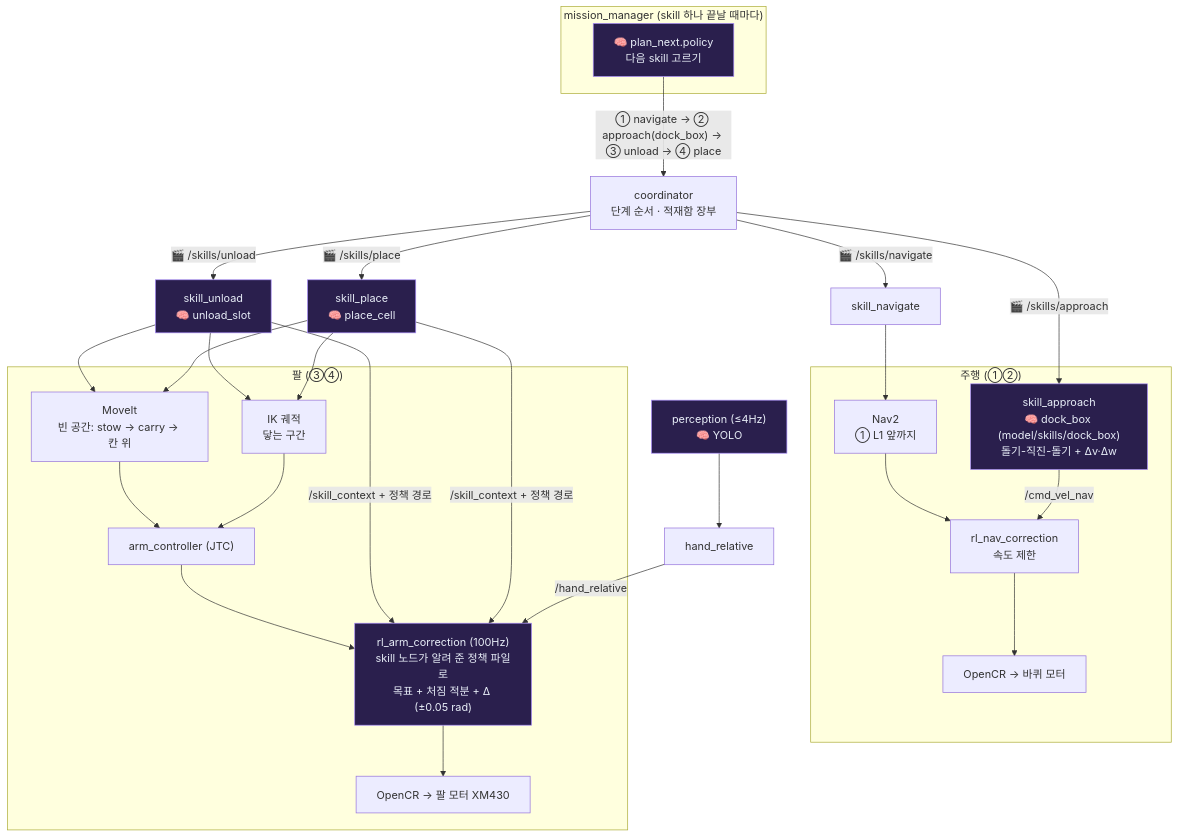
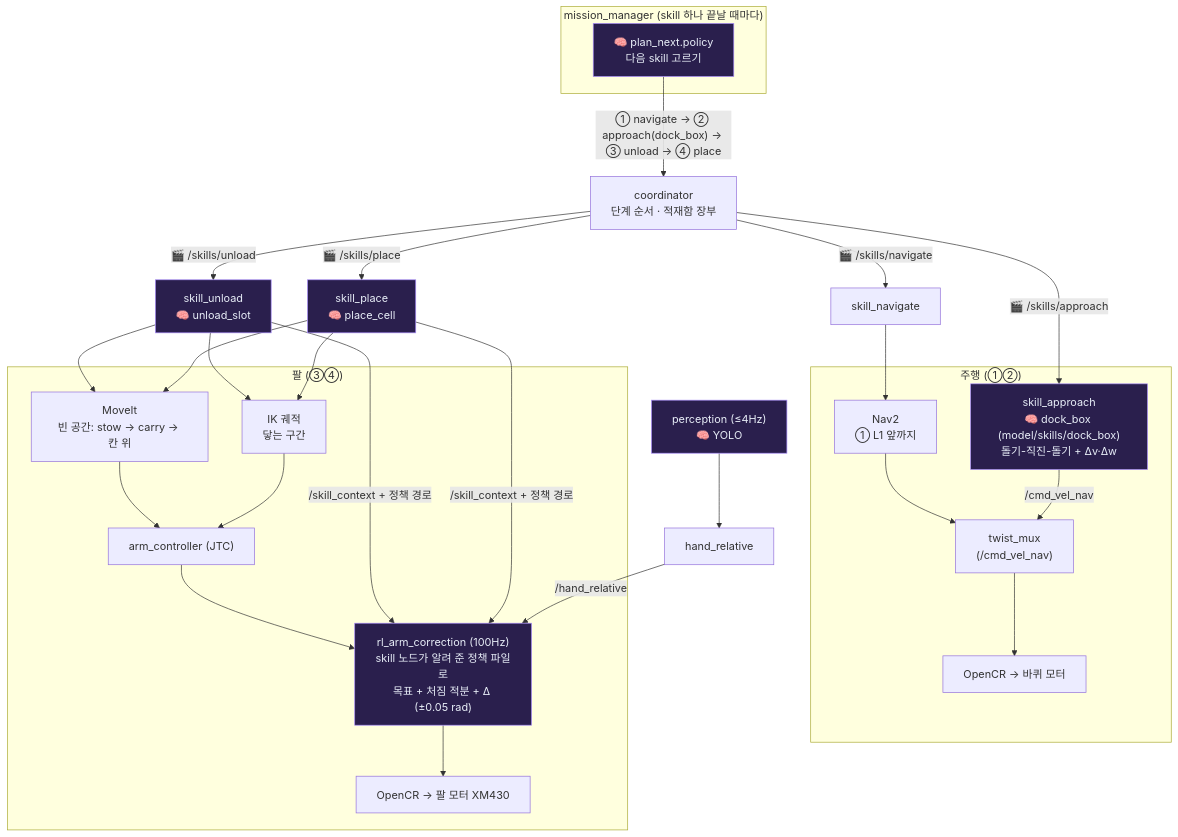
The fourth of 9 diagrams in bee/system-map.md (JuneKunst/JuneKunst.github.io), drawn with Mermaid before and after one commit. The commit also changed other lines of this file and 6 other files, not shown here.

Commit message:
bee: 11-06 진행 — 새 stow 재평가 · 위치 추정 측정 · PR #73 · 주행 경로를 지금 구조로 (rl_nav_correction 삭제 반영)

````diff
--- a/bee/system-map.md
+++ b/bee/system-map.md
@@ -117,30 +117,30 @@
 ```mermaid
 flowchart TB
   subgraph gx_MM["mission_manager (skill 하나 끝날 때마다)"]
     gx_PN["🧠 plan_next.policy<br/>다음 skill 고르기"]:::model
   end
   gx_PN -->|"① navigate → ② approach(dock_box) → ③ unload → ④ place"| gx_CO["coordinator<br/>단계 순서 · 적재함 장부"]
   gx_CO -->|"🎬 /skills/navigate"| gx_SN["skill_navigate"] --> gx_NAV["Nav2<br/>① L1 앞까지"]
   gx_CO -->|"🎬 /skills/approach"| gx_SA["skill_approach<br/>🧠 dock_box (model/skills/dock_box)<br/>돌기-직진-돌기 + Δv·Δw"]:::model
   gx_CO -->|"🎬 /skills/unload"| gx_SU["skill_unload<br/>🧠 unload_slot"]:::model
   gx_CO -->|"🎬 /skills/place"| gx_SP["skill_place<br/>🧠 place_cell"]:::model
   subgraph gx_BASE_PATH["주행 (①②)"]
-    gx_NAV --> gx_NC["rl_nav_correction<br/>속도 제한"]
+    gx_NAV --> gx_NC["twist_mux<br/>(/cmd_vel_nav)"]
     gx_SA -->|"/cmd_vel_nav"| gx_NC
     gx_NC --> gx_OC["OpenCR → 바퀴 모터"]
   end
   subgraph gx_ARM_PATH["팔 (③④)"]
     gx_MV["MoveIt<br/>빈 공간: stow → carry → 칸 위"] --> gx_JTC["arm_controller (JTC)"]
     gx_IK["IK 궤적<br/>닿는 구간"] --> gx_JTC
     gx_JTC --> gx_RC["rl_arm_correction (100Hz)<br/>skill 노드가 알려 준 정책 파일로<br/>목표 + 처짐 적분 + Δ (±0.05 rad)"]:::model
     gx_RC --> gx_DX["OpenCR → 팔 모터 XM430"]
   end
   gx_SU --> gx_MV
   gx_SU --> gx_IK
   gx_SP --> gx_MV
   gx_SP --> gx_IK
   gx_SU -->|"/skill_context + 정책 경로"| gx_RC
   gx_SP -->|"/skill_context + 정책 경로"| gx_RC
   gx_CAM["perception (≤4Hz)<br/>🧠 YOLO"]:::model --> gx_HR["hand_relative"] -->|"/hand_relative"| gx_RC
   classDef model fill:#2a1f4d,stroke:#a78bfa,color:#e8eef8
 ```
````
